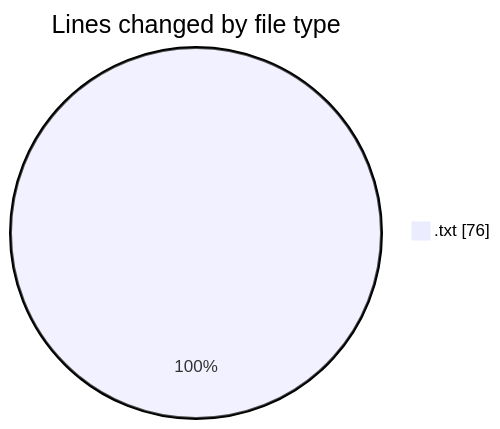
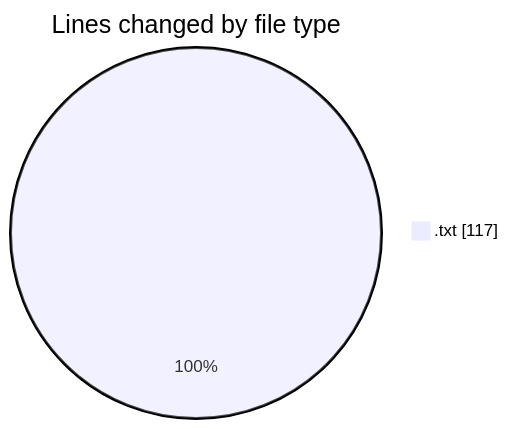
Before and after one commit to ricardozamudiocil/code-tracking: the first of 2 diagrams in 2026-10-06/cilapp/README.md, drawn with Mermaid. The commit also changed other lines of this file and 1 other file, not shown here.

````diff
--- a/2026-10-06/cilapp/README.md
+++ b/2026-10-06/cilapp/README.md
@@ -20,5 +21,5 @@
 ```mermaid
 pie showData
 title Lines changed by file type
-".txt" : 76
+".txt" : 117
 ```
````
